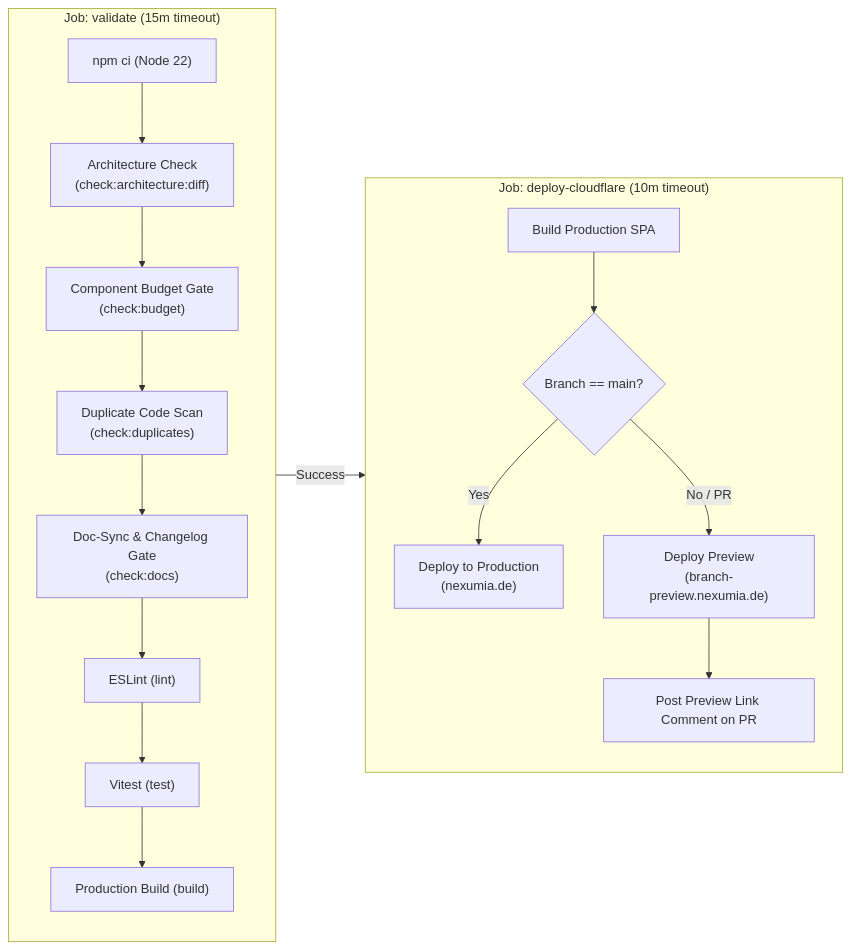
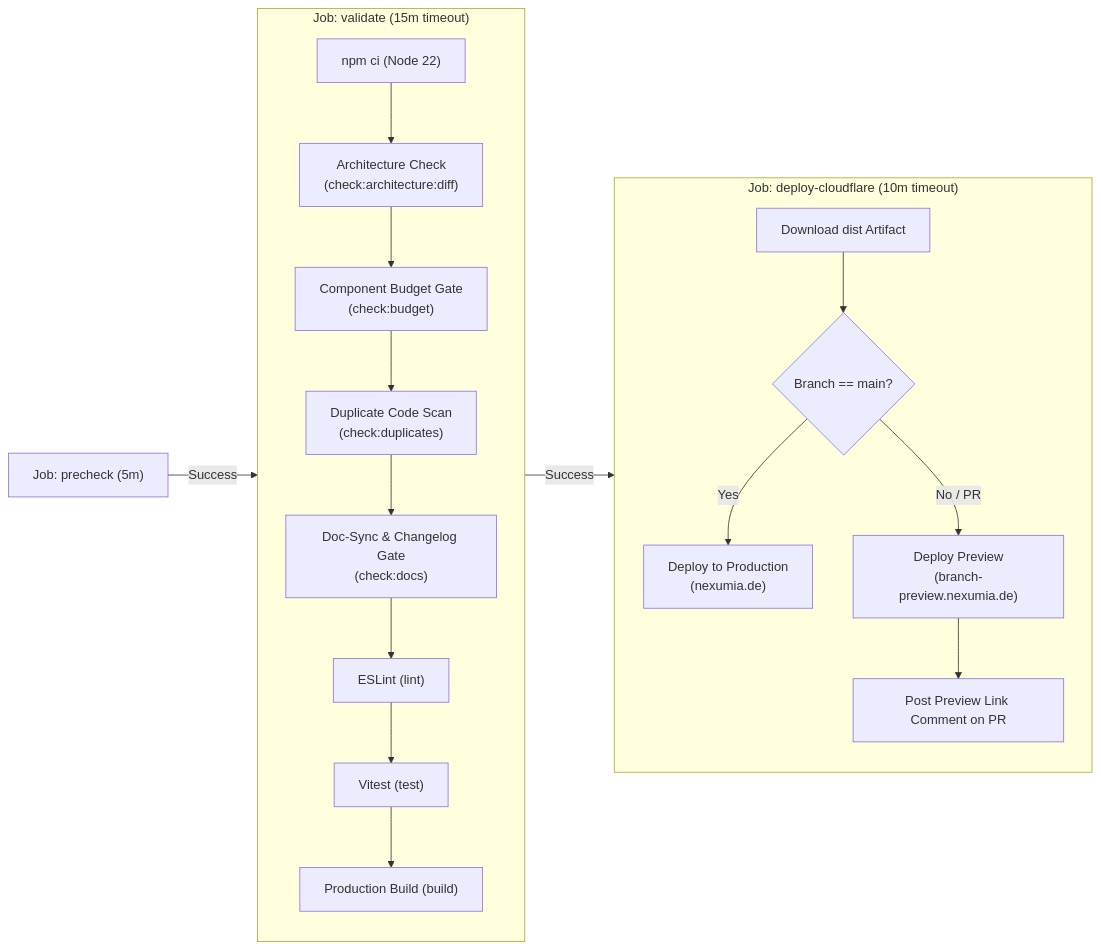
Before and after one commit to suitably/LocalGameGalaxy: the second of 2 diagrams in docs/workflows/ci-cd-pipelines.md, drawn with Mermaid. The commit also changed 1 other file, not shown here.

Commit message:
ci: deploy to cloudflare using dist artifact after validation
Updates the CI pipeline to upload the `dist/` directory as an artifact in the `validate` job and download it in the `deploy-cloudflare` job. Adds `needs: validate` so that the deploy job will correctly wait for tests and quality gates to pass. Replaces the duplicated Node.js setup, `npm ci`, and `npm run build` steps in the deploy job with the artifact download, saving execution time.

Fixes #284

````diff
--- a/docs/workflows/ci-cd-pipelines.md
+++ b/docs/workflows/ci-cd-pipelines.md
@@ -68,23 +68,25 @@
 ```mermaid
 flowchart LR
+    Job0["Job: precheck (5m)"] -->|Success| Job1
+
     subgraph Job1["Job: validate (15m timeout)"]
         direction TB
         S1["npm ci (Node 22)"] --> S2["Architecture Check<br/>(check:architecture:diff)"]
         S2 --> S3["Component Budget Gate<br/>(check:budget)"]
         S3 --> S4["Duplicate Code Scan<br/>(check:duplicates)"]
         S4 --> S5["Doc-Sync & Changelog Gate<br/>(check:docs)"]
         S5 --> S6["ESLint (lint)"]
         S6 --> S7["Vitest (test)"]
         S7 --> S8["Production Build (build)"]
     end
 
     subgraph Job2["Job: deploy-cloudflare (10m timeout)"]
         direction TB
-        D1["Build Production SPA"] --> D2{"Branch == main?"}
+        D1["Download dist Artifact"] --> D2{"Branch == main?"}
         D2 -->|Yes| D3["Deploy to Production<br/>(nexumia.de)"]
         D2 -->|No / PR| D4["Deploy Preview<br/>(branch-preview.nexumia.de)"]
         D4 --> D5["Post Preview Link Comment on PR"]
     end
 
     Job1 -->|Success| Job2
 ```
````
